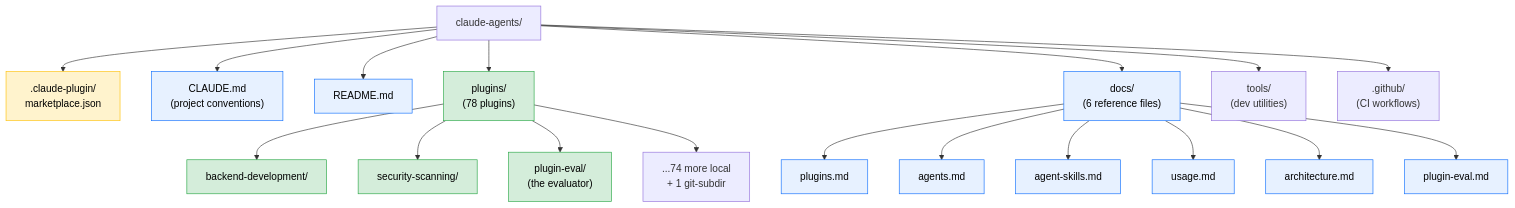
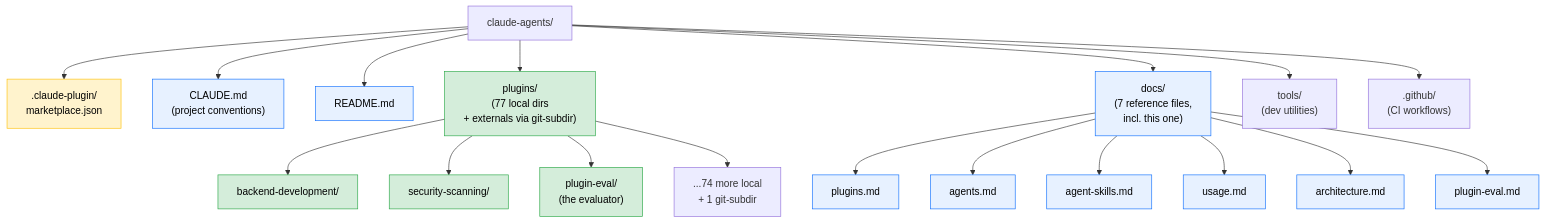
The first of 8 diagrams in docs/visual-overview.md (HunterLearn/agentsSkills), drawn with Mermaid before and after one commit. The commit also changed other lines of this file, not shown here.

````diff
--- a/docs/visual-overview.md
+++ b/docs/visual-overview.md
@@ -11,30 +11,30 @@
 ```mermaid
 flowchart TB
     Root["claude-agents/"]
     Root --> Manifest[".claude-plugin/<br/>marketplace.json"]
     Root --> Claude["CLAUDE.md<br/>(project conventions)"]
     Root --> README["README.md"]
-    Root --> Plugins["plugins/<br/>(78 plugins)"]
-    Root --> Docs["docs/<br/>(6 reference files)"]
+    Root --> Plugins["plugins/<br/>(77 local dirs<br/>+ externals via git-subdir)"]
+    Root --> Docs["docs/<br/>(7 reference files,<br/>incl. this one)"]
     Root --> Tools["tools/<br/>(dev utilities)"]
     Root --> GH[".github/<br/>(CI workflows)"]
 
     Plugins --> P1["backend-development/"]
     Plugins --> P2["security-scanning/"]
     Plugins --> P3["plugin-eval/<br/>(the evaluator)"]
     Plugins --> PN["...74 more local<br/>+ 1 git-subdir"]
 
     Docs --> D1["plugins.md"]
     Docs --> D2["agents.md"]
     Docs --> D3["agent-skills.md"]
     Docs --> D4["usage.md"]
     Docs --> D5["architecture.md"]
     Docs --> D6["plugin-eval.md"]
 
     classDef edit fill:#d4edda,stroke:#28a745,color:#000
     classDef registry fill:#fff3cd,stroke:#ffc107,color:#000
     classDef ref fill:#e7f1ff,stroke:#0d6efd,color:#000
     class Plugins,P1,P2,P3 edit
     class Manifest registry
     class Docs,D1,D2,D3,D4,D5,D6,Claude,README ref
 ```
````
